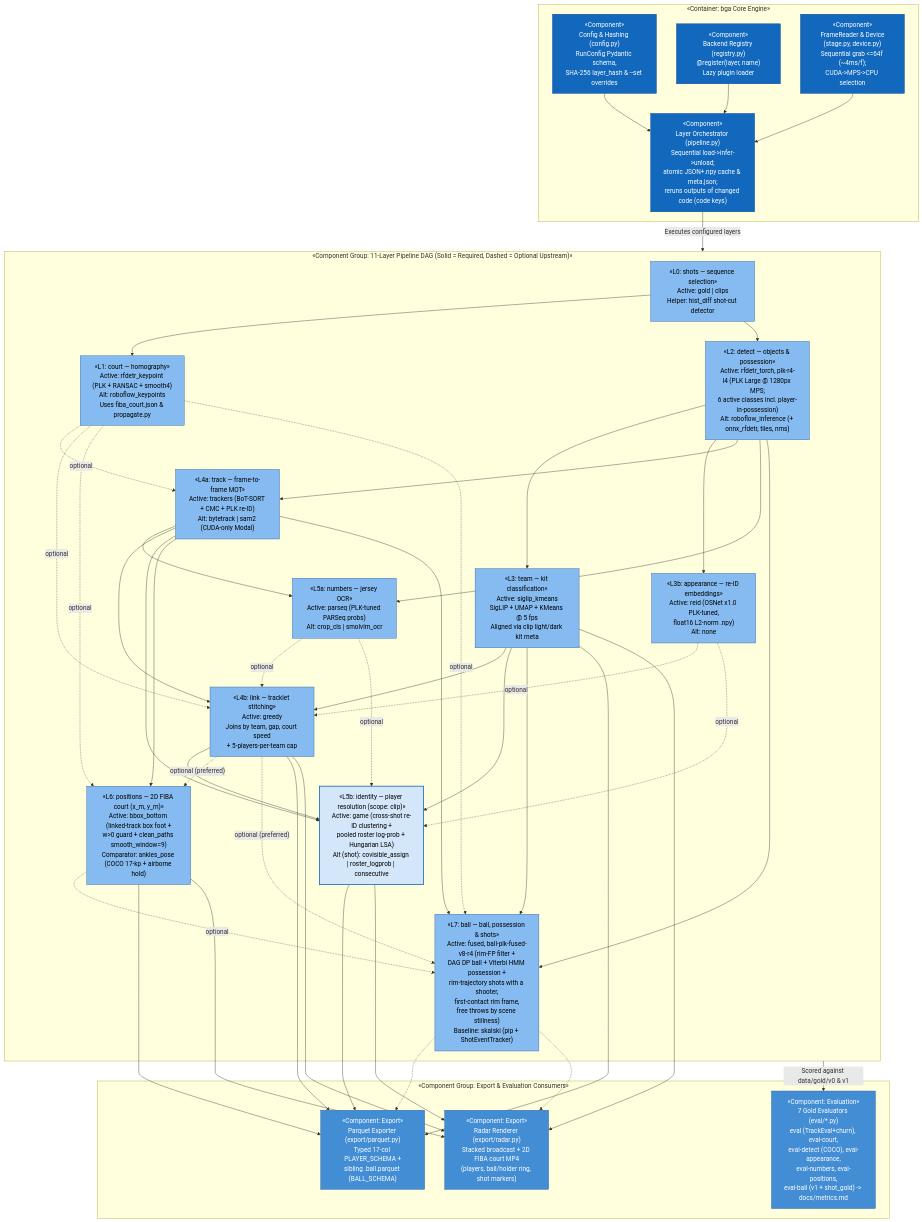
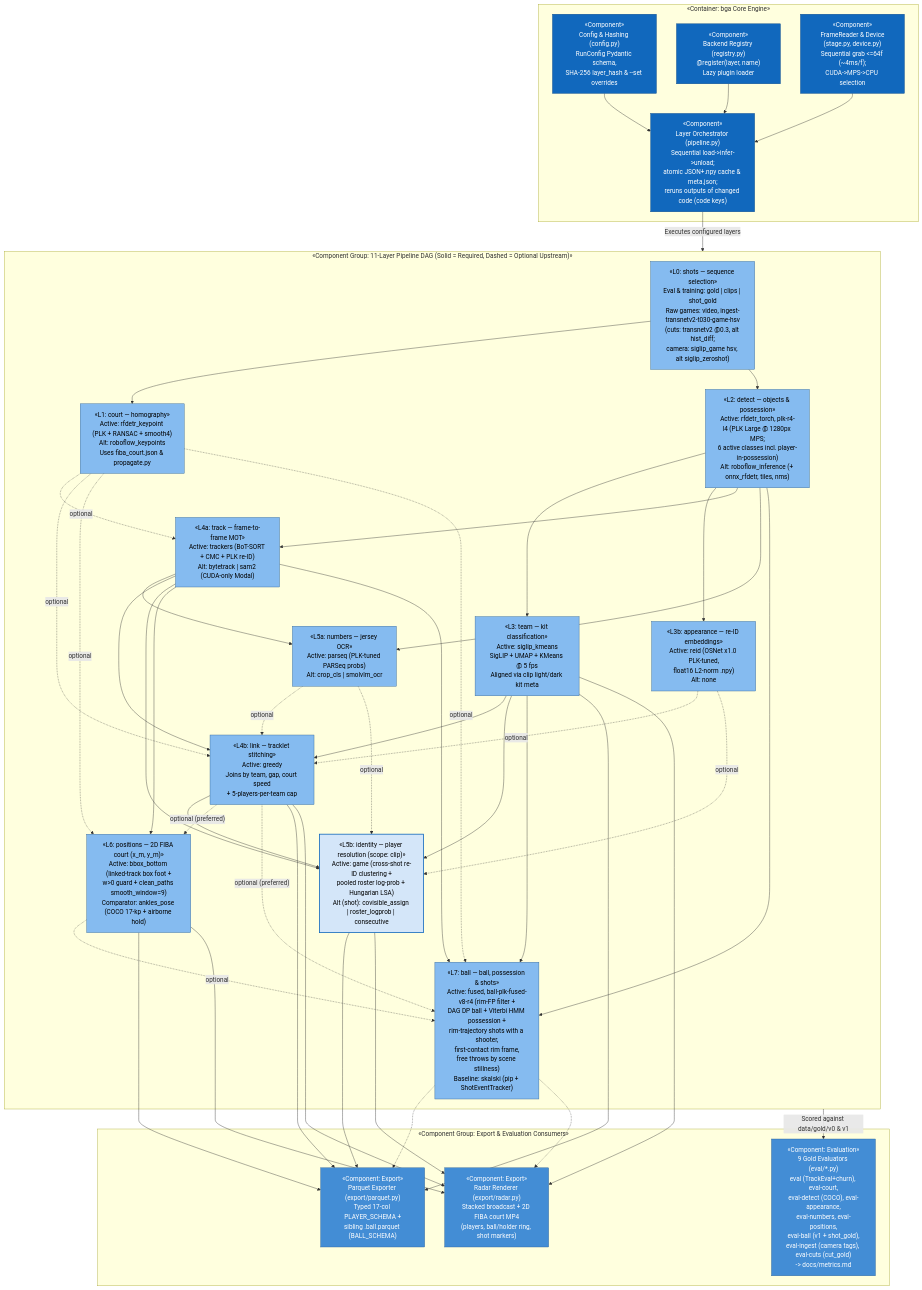
The third of 6 diagrams in docs/architecture-c4-view.md (tko-ventures/basketball-game-analyzer), drawn with Mermaid before and after one commit. The commit also changed other lines of this file and 34 other files, not shown here.

First line of the commit message:
M10 (#32): shots/video Layer 0 (TransNet V2 cuts, SigLIP game camera), cut gold, eval-ingest / eval-cuts, raw game end to end (#57)

```diff
--- a/docs/architecture-c4-view.md
+++ b/docs/architecture-c4-view.md
@@ -149,7 +149,7 @@
     end
 
     subgraph dag["«Component Group: 11-Layer Pipeline DAG (Solid = Required, Dashed = Optional Upstream)»"]
-        L0["«L0: shots — sequence selection»\nActive: gold | clips\nHelper: hist_diff shot-cut detector"]:::layer
+        L0["«L0: shots — sequence selection»\nEval & training: gold | clips | shot_gold\nRaw games: video, ingest-transnetv2-t030-game-hsv\n(cuts: transnetv2 @0.3, alt hist_diff;\ncamera: siglip_game hsv, alt siglip_zeroshot)"]:::layer
 
         L1["«L1: court — homography»\nActive: rfdetr_keypoint (PLK + RANSAC + smooth4)\nAlt: roboflow_keypoints\nUses fiba_court.json & propagate.py"]:::layer
 
@@ -203,7 +203,7 @@
     subgraph consumers["«Component Group: Export & Evaluation Consumers»"]
         exp_pq["«Component: Export»\nParquet Exporter (export/parquet.py)\nTyped 17-col PLAYER_SCHEMA +\nsibling .ball.parquet (BALL_SCHEMA)"]:::output
         exp_rad["«Component: Export»\nRadar Renderer (export/radar.py)\nStacked broadcast + 2D FIBA court MP4\n(players, ball/holder ring, shot markers)"]:::output
-        eval_mod["«Component: Evaluation»\n7 Gold Evaluators (eval/*.py)\neval (TrackEval+churn), eval-court,\neval-detect (COCO), eval-appearance,\neval-numbers, eval-positions,\neval-ball (v1 + shot_gold) -> docs/metrics.md"]:::output
+        eval_mod["«Component: Evaluation»\n9 Gold Evaluators (eval/*.py)\neval (TrackEval+churn), eval-court,\neval-detect (COCO), eval-appearance,\neval-numbers, eval-positions,\neval-ball (v1 + shot_gold),\neval-ingest (camera tags), eval-cuts (cut_gold)\n-> docs/metrics.md"]:::output
     end
 
     orch -->|"Executes configured layers"| dag
```
